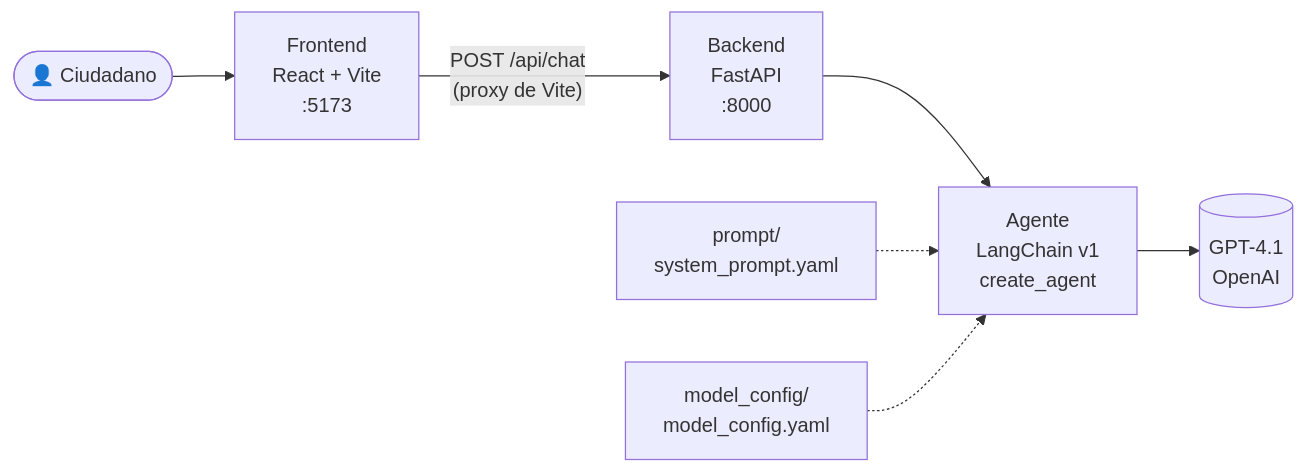
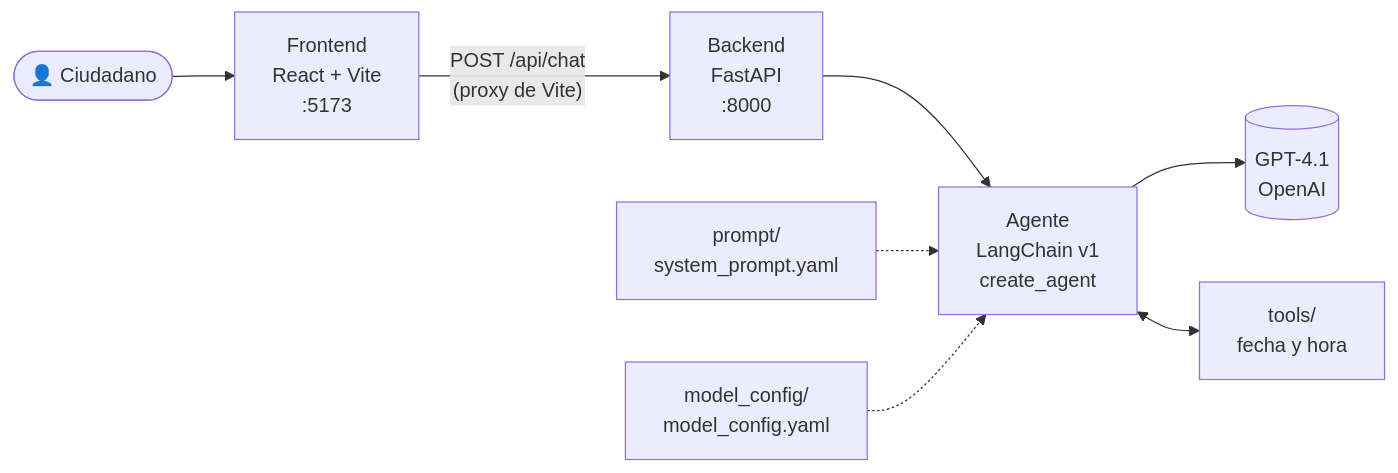
One commit to KevinInoCol/DP-Workshop---Vibe-Coding-desde-Cero---Construye-tu-Primera-App-IA changed the diagram in README.md. Above: the diagram before and after it, drawn with Mermaid. The commit also changed other lines of this file and 8 other files, not shown here.

First line of the commit message:
Agrega tool de fecha y hora y skills del proyecto

````diff
--- a/README.md
+++ b/README.md
@@ -26,9 +27,10 @@
 ```mermaid
 flowchart LR
     U([👤 Ciudadano]) --> F["Frontend<br/>React + Vite<br/>:5173"]
     F -- "POST /api/chat<br/>(proxy de Vite)" --> B["Backend<br/>FastAPI<br/>:8000"]
     B --> A["Agente<br/>LangChain v1<br/>create_agent"]
     A --> M[("GPT-4.1<br/>OpenAI")]
     P["prompt/<br/>system_prompt.yaml"] -.-> A
     C["model_config/<br/>model_config.yaml"] -.-> A
+    A <--> T["tools/<br/>fecha y hora"]
 ```
````
